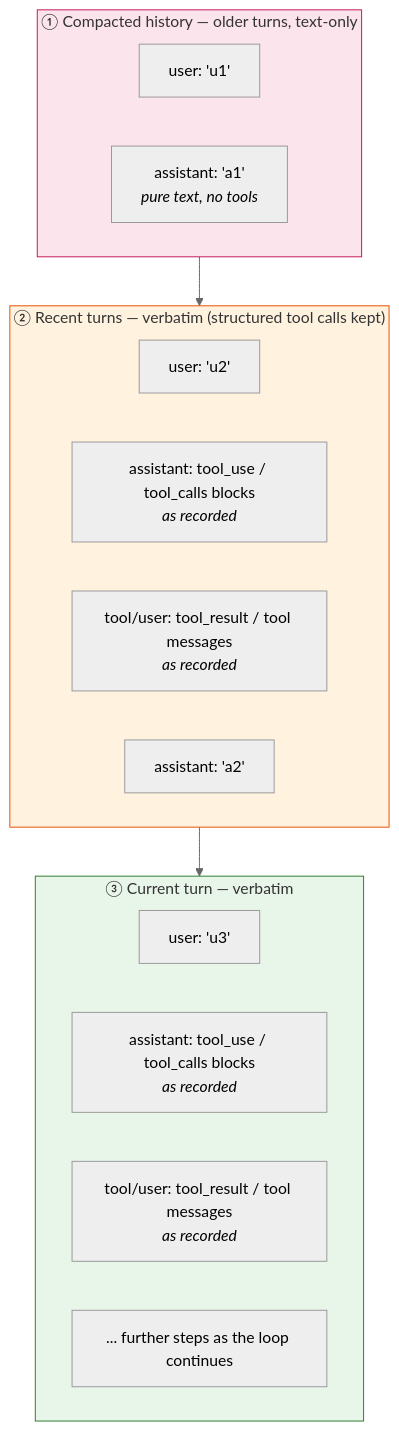
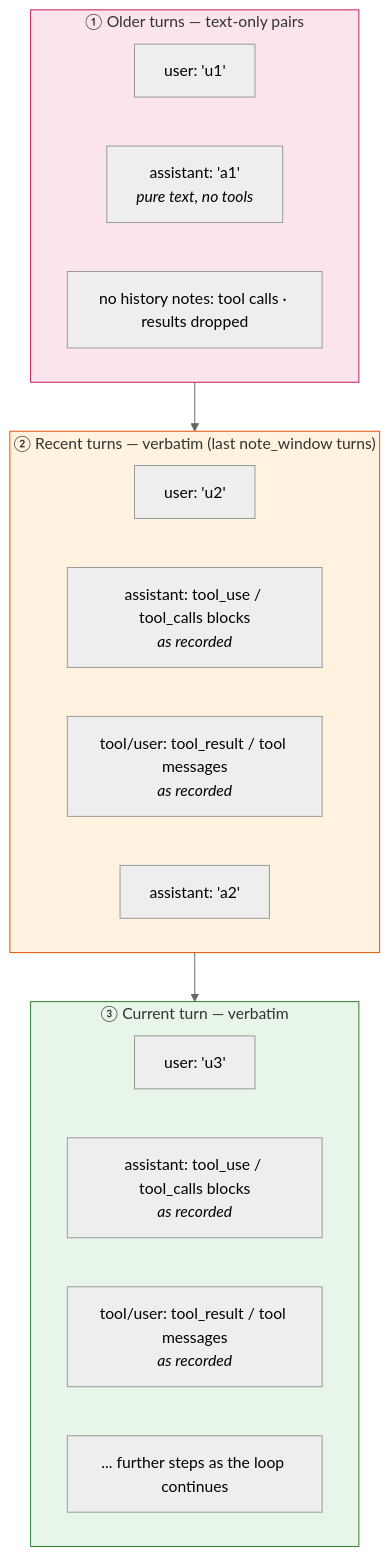
One commit to kingye/jyc changed the second of 2 diagrams in docs/architecture/context.md. Above: the diagram before and after it, drawn with Mermaid (neutral theme). The commit also changed other lines of this file and 21 other files, not shown here.

````diff
--- a/docs/architecture/context.md
+++ b/docs/architecture/context.md
@@ -169,23 +188,24 @@
 ```mermaid
 flowchart TB
-    subgraph R1["① Compacted history — older turns, text-only"]
+    subgraph R1["① Older turns — text-only pairs"]
         R1U["user: 'u1'"]
         R1A["assistant: 'a1'<br/><i>pure text, no tools</i>"]
+        R1N["no history notes: tool calls · results dropped"]
     end
-    subgraph R2["② Recent turns — verbatim (structured tool calls kept)"]
+    subgraph R2["② Recent turns — verbatim (last note_window turns)"]
         R2U["user: 'u2'"]
         R2ATU["assistant: tool_use / tool_calls blocks<br/><i>as recorded</i>"]
         R2TR["tool/user: tool_result / tool messages<br/><i>as recorded</i>"]
         R2A["assistant: 'a2'"]
     end
     subgraph R3["③ Current turn — verbatim"]
         R3U["user: 'u3'"]
         R3ATU["assistant: tool_use / tool_calls blocks<br/><i>as recorded</i>"]
         R3TR["tool/user: tool_result / tool messages<br/><i>as recorded</i>"]
         R3MORE["... further steps as the loop continues"]
     end
     R1 --> R2 --> R3
     style R1 fill:#fce4ec,stroke:#c2185b
     style R2 fill:#fff3e0,stroke:#e65100
     style R3 fill:#e8f5e9,stroke:#2e7d32
 ```
````
